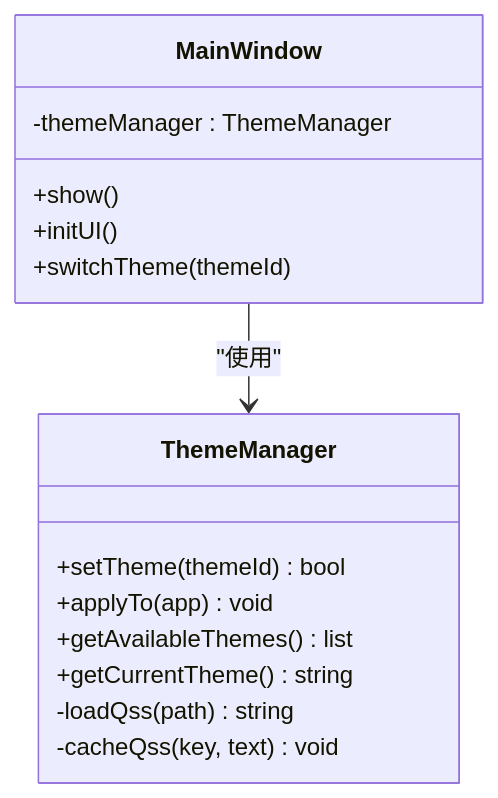
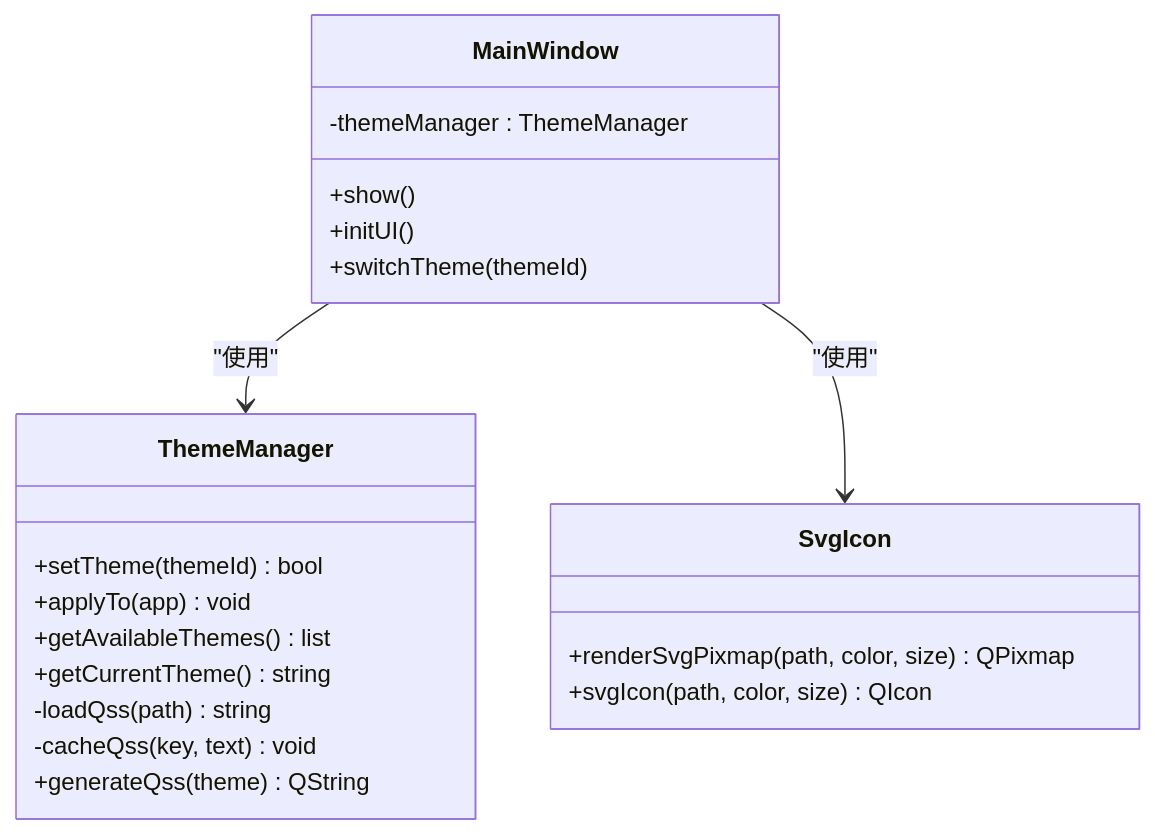
One commit to jakecai1225-design/OpenBus changed the third of 6 diagrams in .qoder/repowiki/zh/content/样式系统/主题管理系统.md. Above: the diagram before and after it, drawn with Mermaid. The commit also changed other lines of this file and 40 other files, not shown here.

````diff
--- a/.qoder/repowiki/zh/content/样式系统/主题管理系统.md
+++ b/.qoder/repowiki/zh/content/样式系统/主题管理系统.md
@@ -139,18 +172,24 @@
 ```mermaid
 classDiagram
 class MainWindow {
 +show()
 +initUI()
 +switchTheme(themeId)
 -themeManager : ThemeManager
 }
 class ThemeManager {
 +setTheme(themeId) bool
 +applyTo(app) void
 +getAvailableThemes() list
 +getCurrentTheme() string
 -loadQss(path) string
 -cacheQss(key, text) void
++generateQss(theme) QString
+}
+class SvgIcon {
++renderSvgPixmap(path, color, size) QPixmap
++svgIcon(path, color, size) QIcon
 }
 MainWindow --> ThemeManager : "使用"
+MainWindow --> SvgIcon : "使用"
 ```
````
